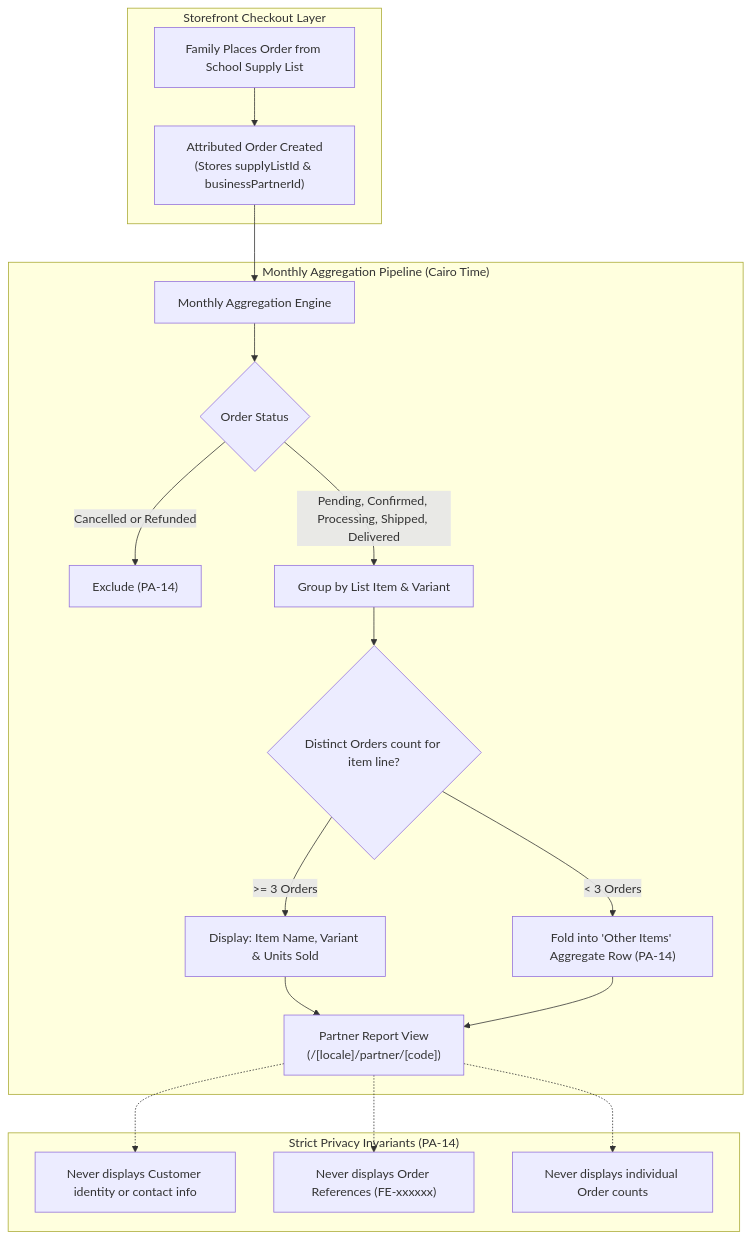
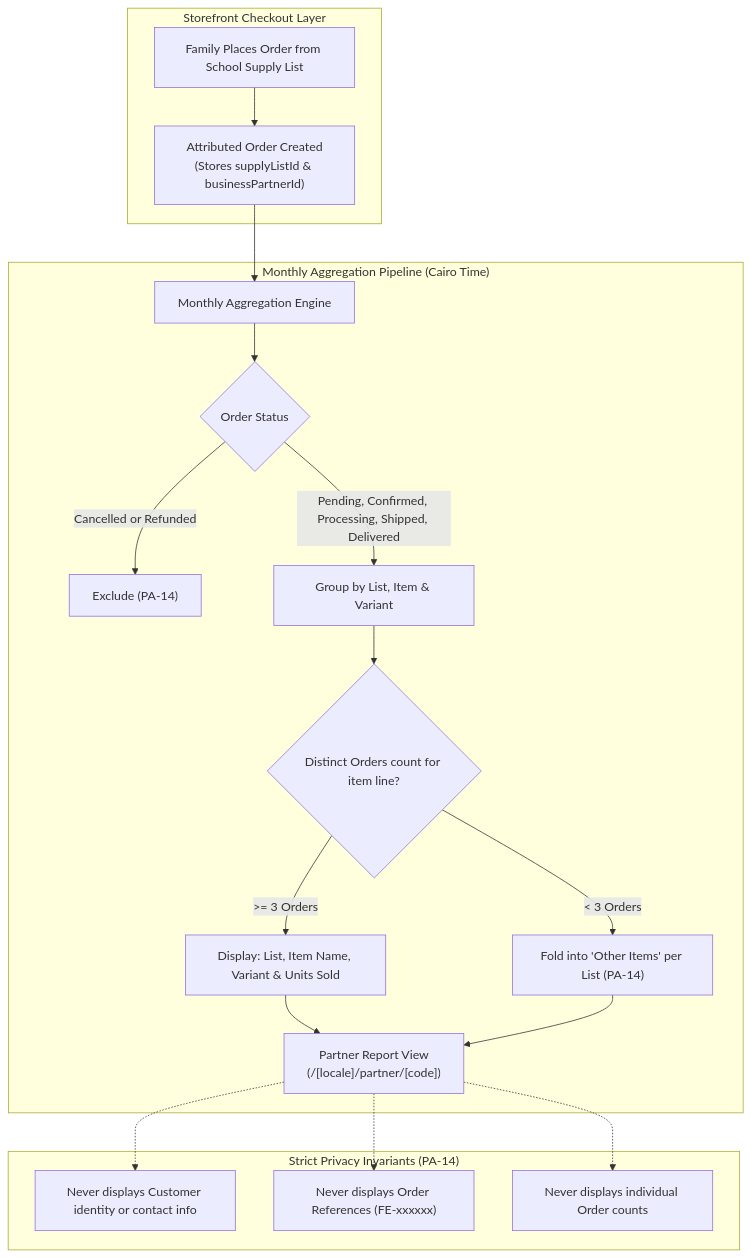
The first of 2 diagrams in docs/business/partners.md (3mrhussein/findeg), drawn with Mermaid before and after one commit. The commit also changed other lines of this file and 10 other files, not shown here.

````diff
--- a/docs/business/partners.md
+++ b/docs/business/partners.md
@@ -51,26 +51,26 @@
 ```mermaid
 flowchart TD
     subgraph StorefrontSales["Storefront Checkout Layer"]
         OrderPlacement["Family Places Order from School Supply List"] --> AttributedOrder["Attributed Order Created<br/>(Stores supplyListId & businessPartnerId)"]
     end
 
     subgraph MonthlyReporting["Monthly Aggregation Pipeline (Cairo Time)"]
         AttributedOrder --> QueryEngine["Monthly Aggregation Engine"]
         QueryEngine --> StatusFilter{"Order Status"}
         StatusFilter -->|Cancelled or Refunded| Exclude["Exclude (PA-14)"]
-        StatusFilter -->|Pending, Confirmed, Processing, Shipped, Delivered| AggregateItems["Group by List Item & Variant"]
+        StatusFilter -->|Pending, Confirmed, Processing, Shipped, Delivered| AggregateItems["Group by List, Item & Variant"]
 
         AggregateItems --> AnonymityCheck{"Distinct Orders count for item line?"}
-        AnonymityCheck -->|>= 3 Orders| StandardRow["Display: Item Name, Variant & Units Sold"]
-        AnonymityCheck -->|< 3 Orders| FoldRow["Fold into 'Other Items' Aggregate Row (PA-14)"]
+        AnonymityCheck -->|>= 3 Orders| StandardRow["Display: List, Item Name, Variant & Units Sold"]
+        AnonymityCheck -->|< 3 Orders| FoldRow["Fold into 'Other Items' per List (PA-14)"]
 
         StandardRow --> PartnerReportTable["Partner Report View<br/>(/[locale]/partner/[code])"]
         FoldRow --> PartnerReportTable
     end
 
     subgraph PrivacyGuarantees["Strict Privacy Invariants (PA-14)"]
         PartnerReportTable -.-> G1["Never displays Customer identity or contact info"]
         PartnerReportTable -.-> G2["Never displays Order References (FE-xxxxxx)"]
         PartnerReportTable -.-> G3["Never displays individual Order counts"]
     end
 ```
````
